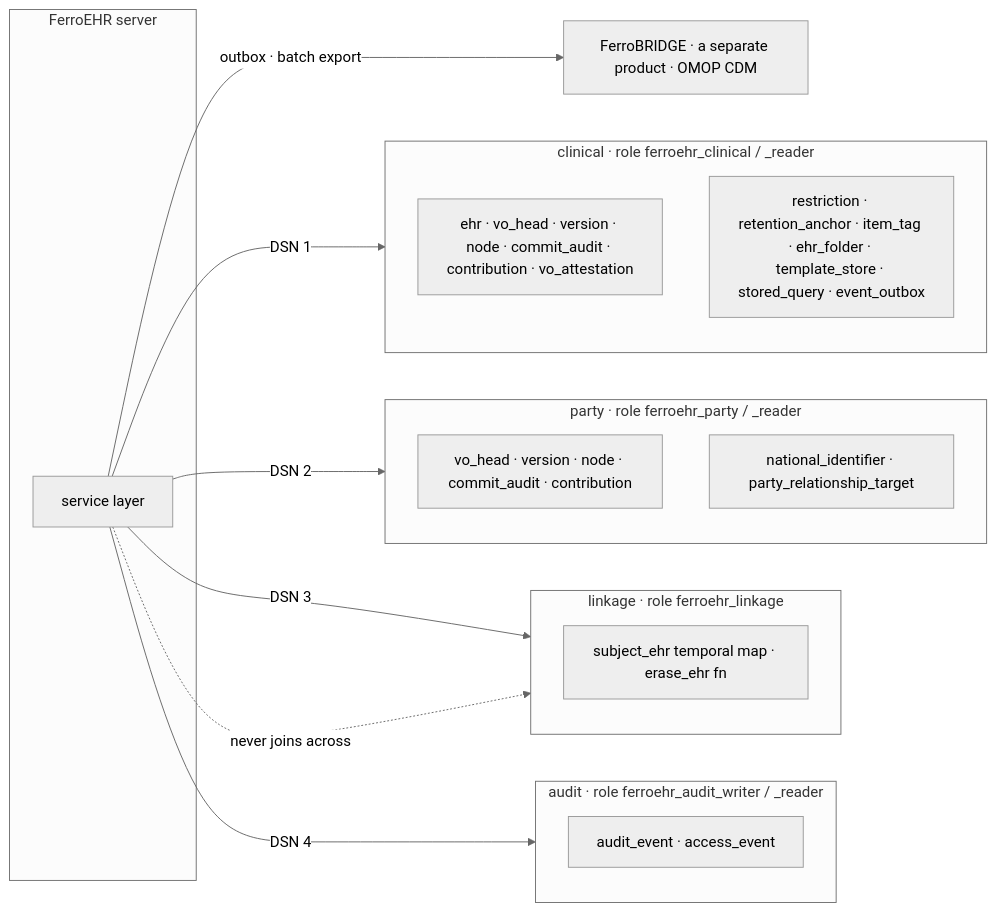
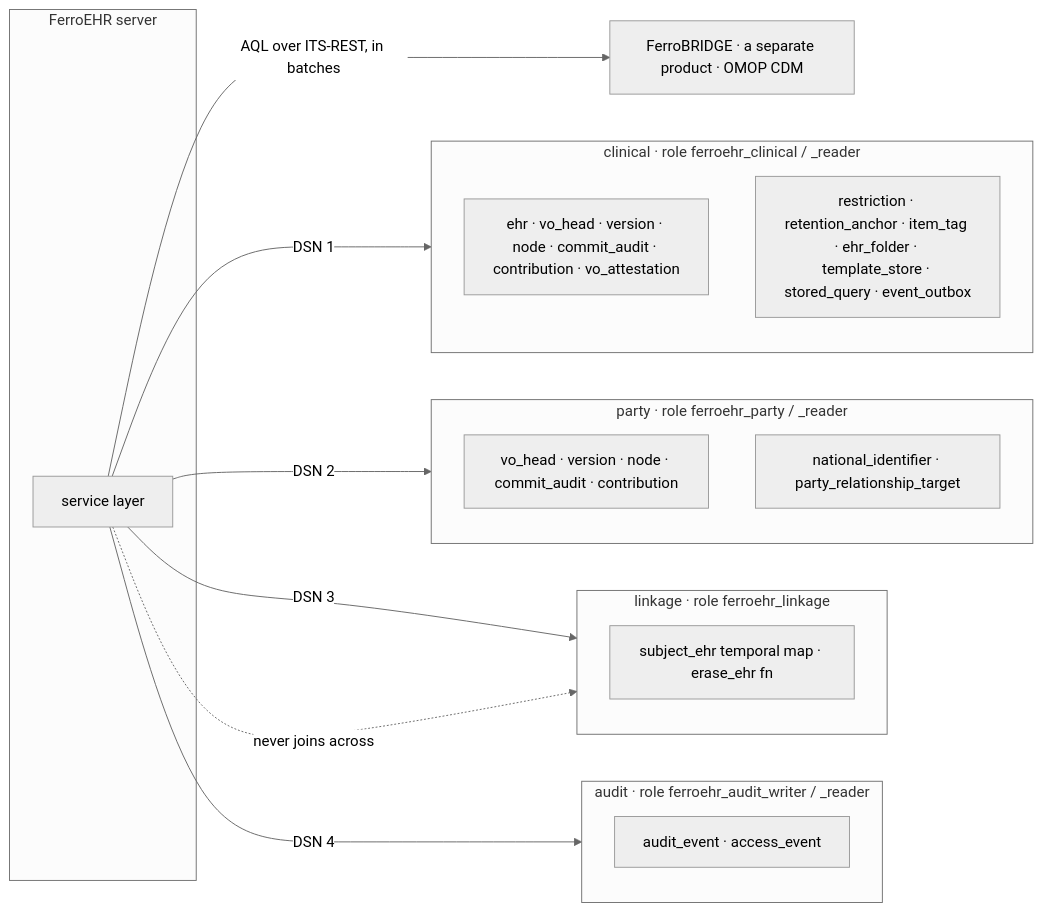
Before and after one commit to rubentalstra/FerroEHR: the first of 5 diagrams in docs/plans/storage-redesign.md, drawn with Mermaid (neutral theme). The commit also changed other lines of this file and 4 other files, not shown here.

Commit message:
docs(plans): the FerroBRIDGE edge is AQL over ITS-REST; memory notes for the platform shape, unsigned API commits and the release-PR chart steps

````diff
--- a/docs/plans/storage-redesign.md
+++ b/docs/plans/storage-redesign.md
@@ -170,27 +170,27 @@
 ```mermaid
 flowchart LR
   subgraph app[FerroEHR server]
     svc[service layer]
   end
   subgraph clinical[clinical  ·  role ferroehr_clinical / _reader]
     C1[ehr · vo_head · version · node · commit_audit · contribution · vo_attestation]
     C2[restriction · retention_anchor · item_tag · ehr_folder · template_store · stored_query · event_outbox]
   end
   subgraph party[party  ·  role ferroehr_party / _reader]
     P1[vo_head · version · node · commit_audit · contribution]
     P2[national_identifier · party_relationship_target]
   end
   subgraph linkage[linkage  ·  role ferroehr_linkage]
     L1[subject_ehr temporal map · erase_ehr fn]
   end
   subgraph audit[audit  ·  role ferroehr_audit_writer / _reader]
     A1[audit_event · access_event]
   end
   bridge[FerroBRIDGE · a separate product · OMOP CDM]
   svc -- DSN 1 --> clinical
   svc -- DSN 2 --> party
   svc -- DSN 3 --> linkage
   svc -- DSN 4 --> audit
-  svc -- outbox · batch export --> bridge
+  svc -- AQL over ITS-REST, in batches --> bridge
   svc -. never joins across .-> linkage
 ```
````
